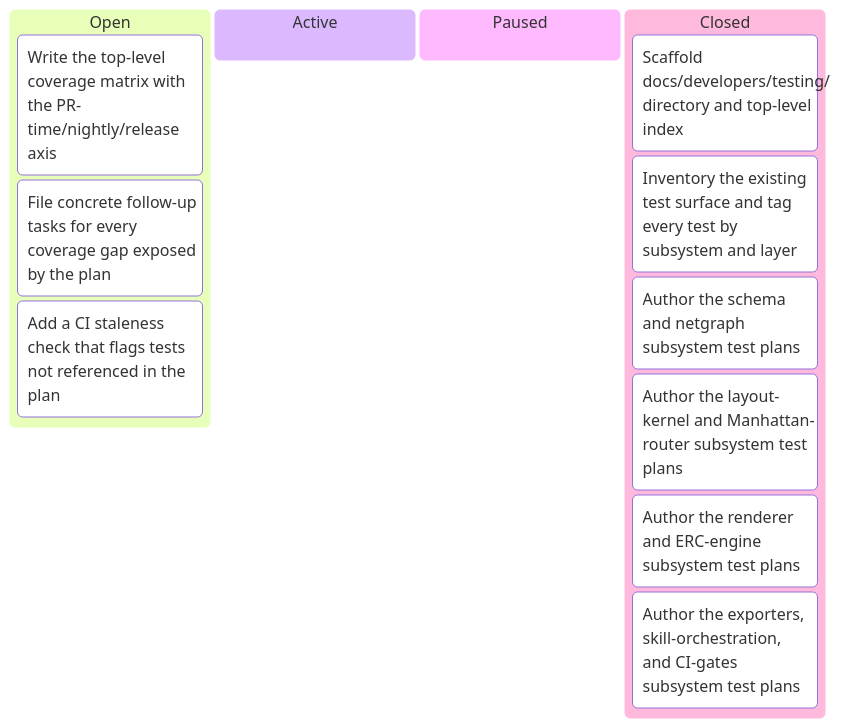
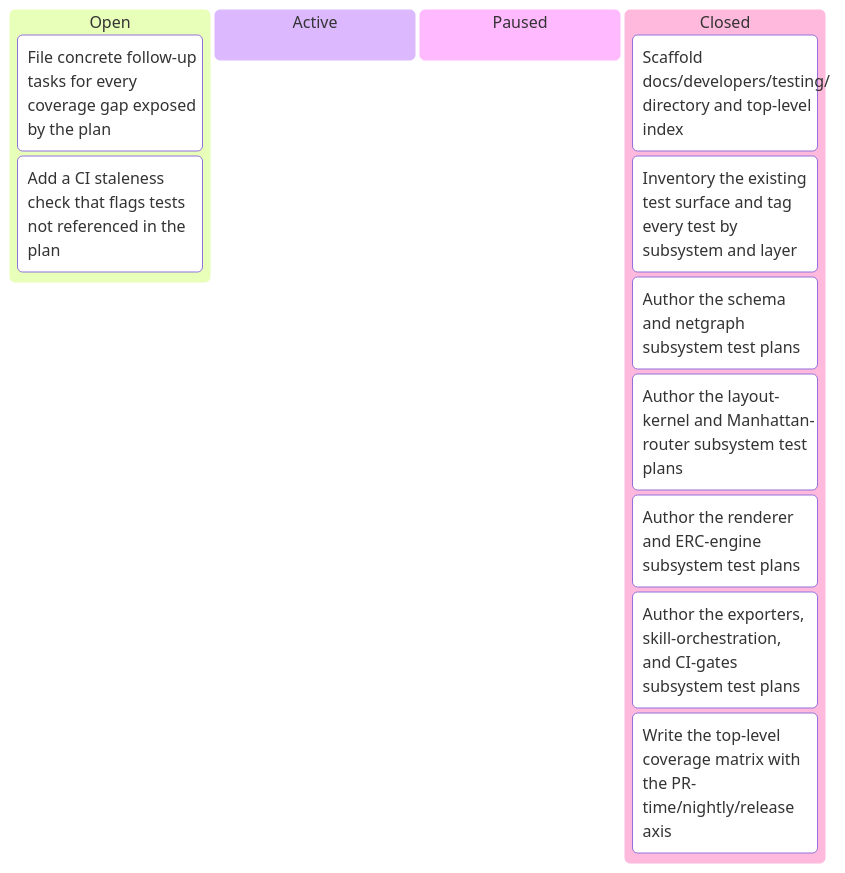
Before and after one commit to tgd1975/CircuitSmith: the third of 3 diagrams in docs/developers/tasks/KANBAN.md, drawn with Mermaid. The commit also changed other lines of this file and 5 other files, not shown here.

First line of the commit message:
close TASK-089: write the top-level coverage matrix

````diff
--- a/docs/developers/tasks/KANBAN.md
+++ b/docs/developers/tasks/KANBAN.md
@@ -53,16 +53,16 @@
 ```mermaid
 kanban
   Open
-    TASK_089["Write the top-level coverage matrix with the PR-time/nightly/release axis"]
     TASK_090["File concrete follow-up tasks for every coverage gap exposed by the plan"]
     TASK_091["Add a CI staleness check that flags tests not referenced in the plan"]
   Active
   Paused
   Closed
     TASK_083["Scaffold docs/developers/testing/ directory and top-level index"]
     TASK_084["Inventory the existing test surface and tag every test by subsystem and layer"]
     TASK_085["Author the schema and netgraph subsystem test plans"]
     TASK_086["Author the layout-kernel and Manhattan-router subsystem test plans"]
     TASK_087["Author the renderer and ERC-engine subsystem test plans"]
     TASK_088["Author the exporters, skill-orchestration, and CI-gates subsystem test plans"]
+    TASK_089["Write the top-level coverage matrix with the PR-time/nightly/release axis"]
 ```
````
